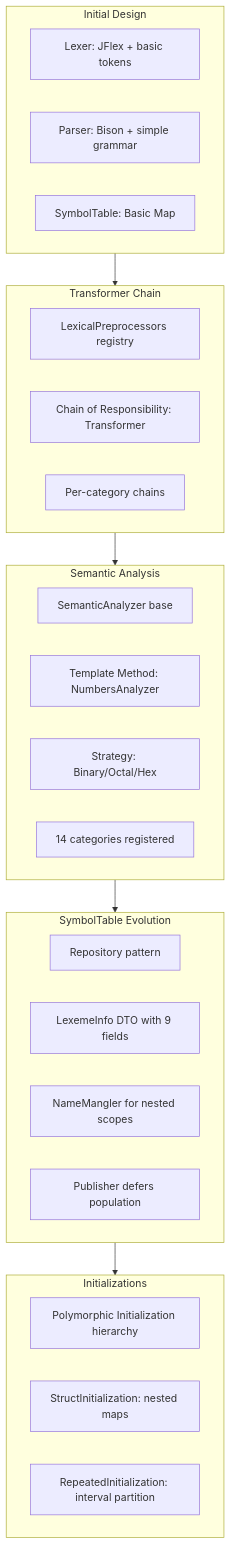
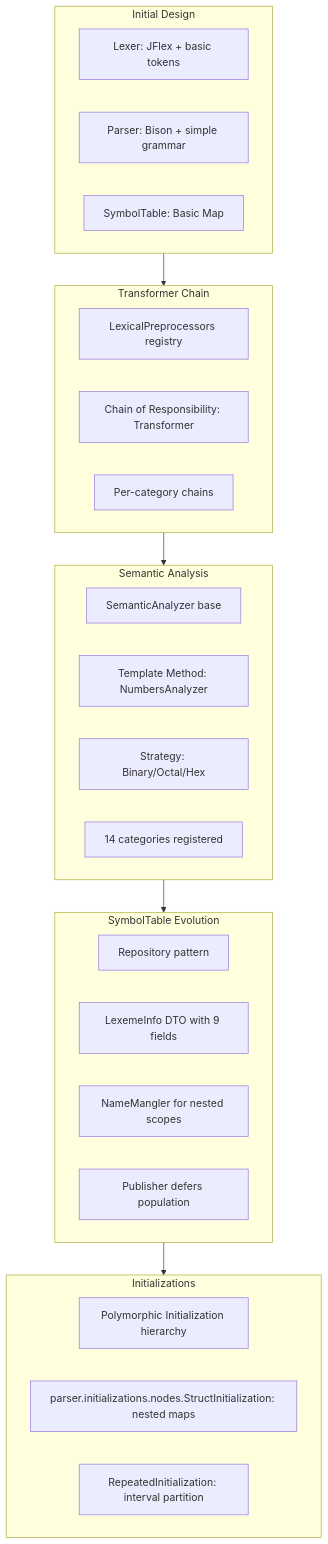
The diagram in doc/diagrams/architecture_evolution.mmd (PascalUser/FLC-IEC61131-7), drawn with Mermaid before and after one commit. The commit also changed 62 other files, not shown here.

```diff
--- a/doc/diagrams/architecture_evolution.mmd
+++ b/doc/diagrams/architecture_evolution.mmd
@@ -1,29 +1,29 @@
 flowchart TD
     subgraph Phase1[Initial Design]
         A1[Lexer: JFlex + basic tokens]
         A2[Parser: Bison + simple grammar]
         A3[SymbolTable: Basic Map]
     end
     subgraph Phase2[Transformer Chain]
         B1[LexicalPreprocessors registry]
         B2[Chain of Responsibility: Transformer]
         B3[Per-category chains]
     end
     subgraph Phase3[Semantic Analysis]
         C1[SemanticAnalyzer base]
         C2[Template Method: NumbersAnalyzer]
         C3[Strategy: Binary/Octal/Hex]
         C4[14 categories registered]
     end
     subgraph Phase4[SymbolTable Evolution]
         D1[Repository pattern]
         D2[LexemeInfo DTO with 9 fields]
         D3[NameMangler for nested scopes]
         D4[Publisher defers population]
     end
     subgraph Phase5[Initializations]
         E1[Polymorphic Initialization hierarchy]
-        E2[StructInitialization: nested maps]
+        E2[parser.initializations.nodes.StructInitialization: nested maps]
         E3[RepeatedInitialization: interval partition]
     end
     Phase1 --> Phase2 --> Phase3 --> Phase4 --> Phase5
```
